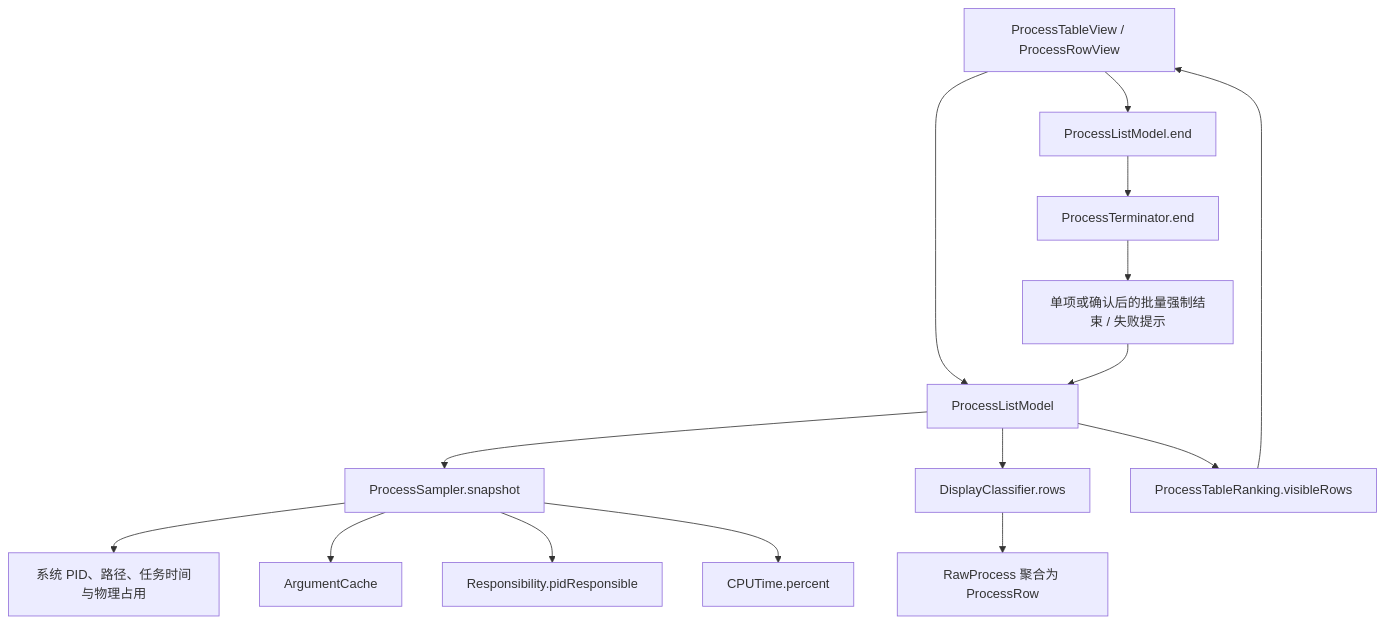
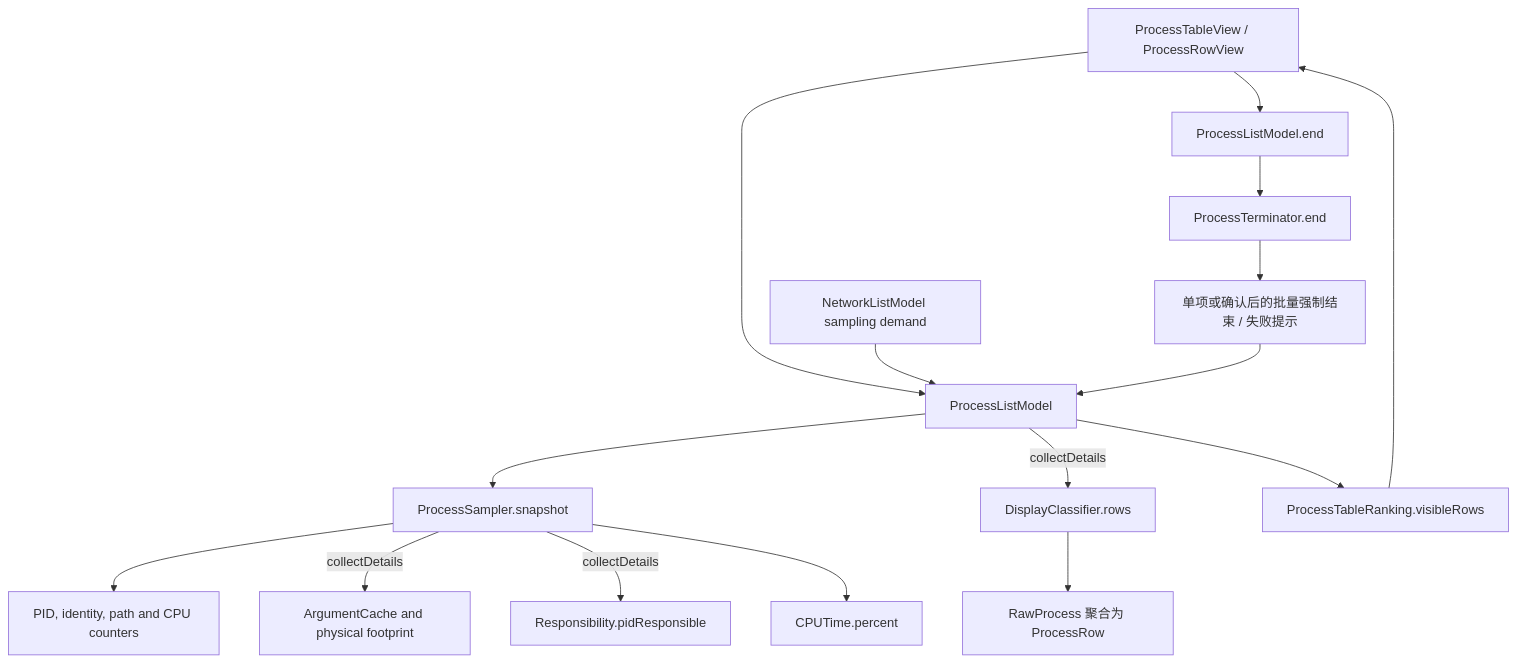
One commit to x0c/MacResourceMonitor changed the first of 2 diagrams in docs/PROCESS_MONITORING_AND_TERMINATION_KNOWLEDGE_BASE.md. Above: the diagram before and after it, drawn with Mermaid. The commit also changed other lines of this file and 44 other files, not shown here.

````diff
--- a/docs/PROCESS_MONITORING_AND_TERMINATION_KNOWLEDGE_BASE.md
+++ b/docs/PROCESS_MONITORING_AND_TERMINATION_KNOWLEDGE_BASE.md
@@ -45,17 +158,18 @@
 ```mermaid
 graph TD
     A[ProcessTableView / ProcessRowView] --> B[ProcessListModel]
     B --> C[ProcessSampler.snapshot]
-    C --> D[系统 PID、路径、任务时间与物理占用]
-    C --> E[ArgumentCache]
-    C --> F[Responsibility.pidResponsible]
+    C --> D[PID, identity, path and CPU counters]
+    C -->|collectDetails| E[ArgumentCache and physical footprint]
+    C -->|collectDetails| F[Responsibility.pidResponsible]
     C --> G[CPUTime.percent]
-    B --> H[DisplayClassifier.rows]
+    N[NetworkListModel sampling demand] --> B
+    B -->|collectDetails| H[DisplayClassifier.rows]
     H --> I[RawProcess 聚合为 ProcessRow]
     B --> J[ProcessTableRanking.visibleRows]
     J --> A
     A --> K[ProcessListModel.end]
     K --> L[ProcessTerminator.end]
     L --> M[单项或确认后的批量强制结束 / 失败提示]
     M --> B
 ```
````
